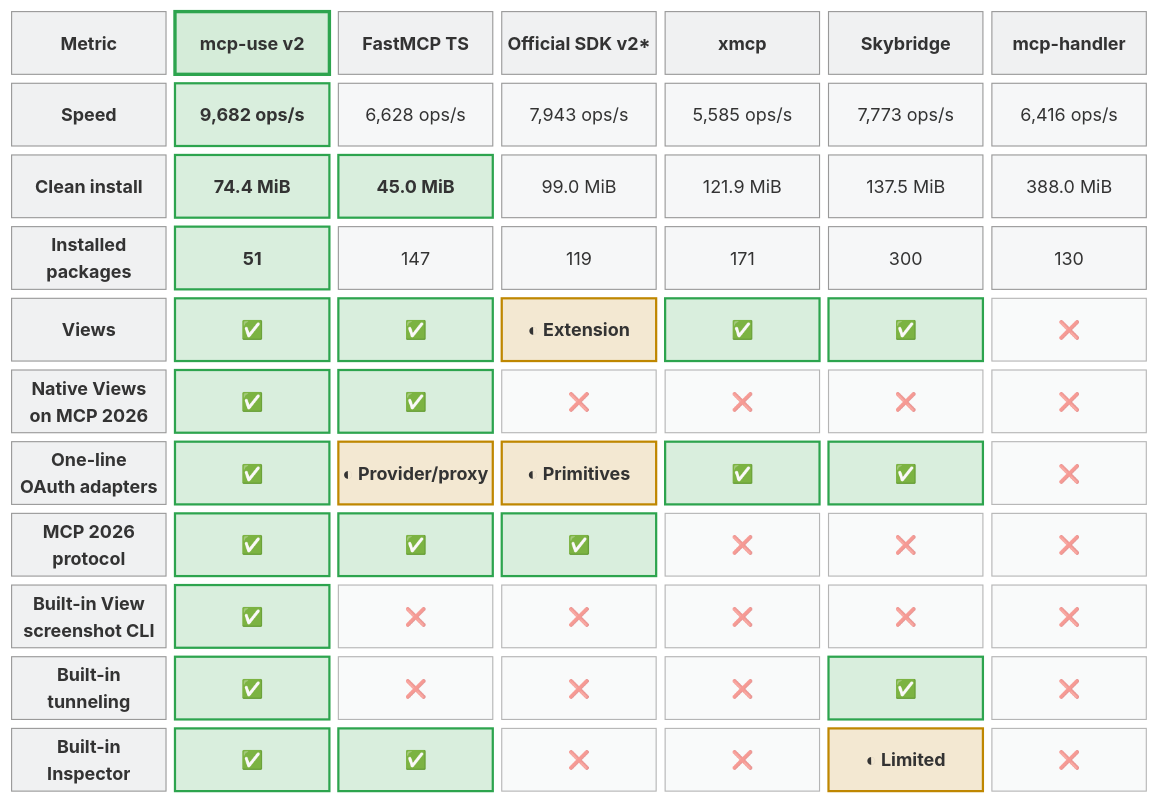
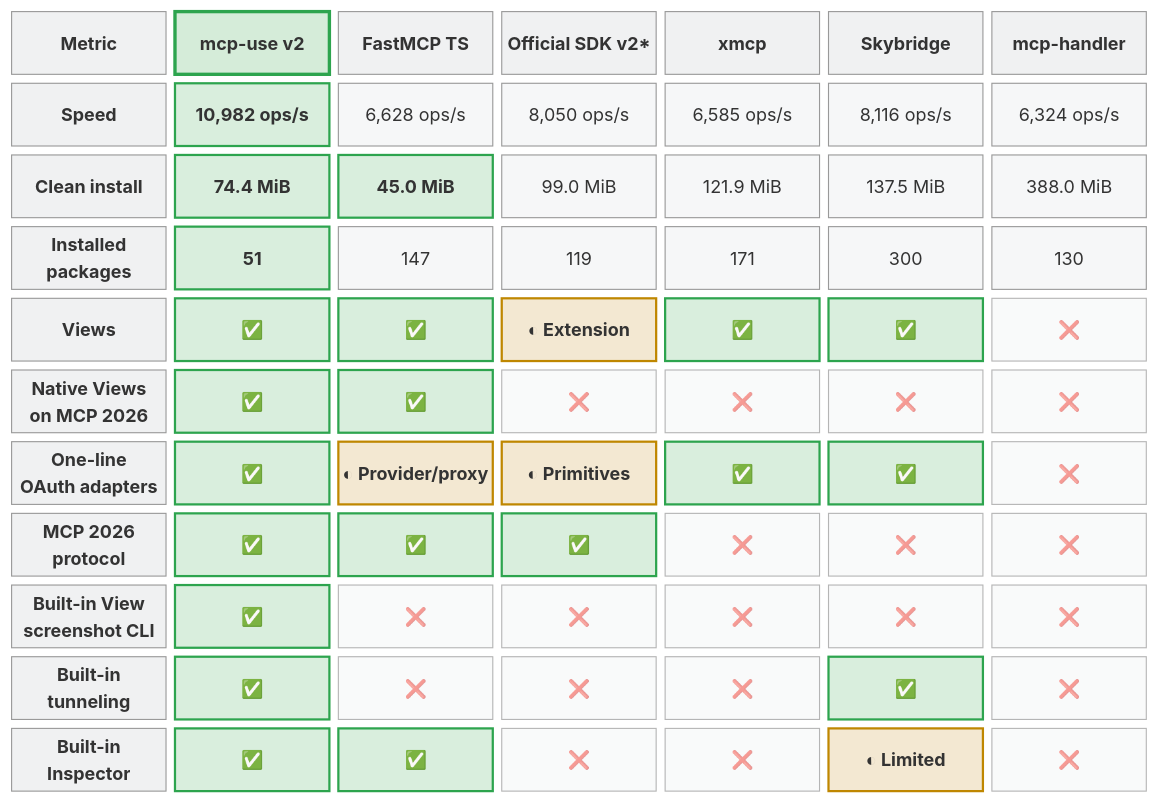
Before and after one commit to mcp-use/mcp-use: the diagram in README.md, drawn with Mermaid (neutral theme). The commit also changed 1 other file, not shown here.

Commit message:
docs: preserve existing benchmark scores

````diff
--- a/README.md
+++ b/README.md
@@ -280,33 +280,33 @@
 ```mermaid
 block-beta
   columns 7
 
   metric["Metric"] mcp["mcp-use v2"] fastmcp["FastMCP TS"] official["Official SDK v2*"] xmcp["xmcp"] skybridge["Skybridge"] handler["mcp-handler"]
 
-  speed["Speed"] speedMcp["9,682 ops/s"] speedFast["6,628 ops/s"] speedOfficial["7,943 ops/s"] speedXmcp["5,585 ops/s"] speedSkybridge["7,773 ops/s"] speedHandler["6,416 ops/s"]
+  speed["Speed"] speedMcp["10,982 ops/s"] speedFast["6,628 ops/s"] speedOfficial["8,050 ops/s"] speedXmcp["6,585 ops/s"] speedSkybridge["8,116 ops/s"] speedHandler["6,324 ops/s"]
   install["Clean install"] installMcp["74.4 MiB"] installFast["45.0 MiB"] installOfficial["99.0 MiB"] installXmcp["121.9 MiB"] installSkybridge["137.5 MiB"] installHandler["388.0 MiB"]
   packages["Installed<br/>packages"] packagesMcp["51"] packagesFast["147"] packagesOfficial["119"] packagesXmcp["171"] packagesSkybridge["300"] packagesHandler["130"]
   views["Views"] viewsMcp["✅"] viewsFast["✅"] viewsOfficial["◐ Extension"] viewsXmcp["✅"] viewsSkybridge["✅"] viewsHandler["❌"]
   nativeViews["Native Views<br/>on MCP 2026"] nativeViewsMcp["✅"] nativeViewsFast["✅"] nativeViewsOfficial["❌"] nativeViewsXmcp["❌"] nativeViewsSkybridge["❌"] nativeViewsHandler["❌"]
   oauth["One-line<br/>OAuth adapters"] oauthMcp["✅"] oauthFast["◐ Provider/proxy"] oauthOfficial["◐ Primitives"] oauthXmcp["✅"] oauthSkybridge["✅"] oauthHandler["❌"]
   protocol["MCP 2026<br/>protocol"] protocolMcp["✅"] protocolFast["✅"] protocolOfficial["✅"] protocolXmcp["❌"] protocolSkybridge["❌"] protocolHandler["❌"]
   screenshot["Built-in View<br/>screenshot CLI"] screenshotMcp["✅"] screenshotFast["❌"] screenshotOfficial["❌"] screenshotXmcp["❌"] screenshotSkybridge["❌"] screenshotHandler["❌"]
   tunnel["Built-in<br/>tunneling"] tunnelMcp["✅"] tunnelFast["❌"] tunnelOfficial["❌"] tunnelXmcp["❌"] tunnelSkybridge["✅"] tunnelHandler["❌"]
   inspector["Built-in<br/>Inspector"] inspectorMcp["✅"] inspectorFast["✅"] inspectorOfficial["❌"] inspectorXmcp["❌"] inspectorSkybridge["◐ Limited"] inspectorHandler["❌"]
 
   classDef metricLabel fill:#6e76811a,font-weight:bold
   classDef brand fill:#2ea04333,stroke:#2da44e,stroke-width:3px,font-weight:bold
   classDef header fill:#6e76811a,font-weight:bold
   classDef value fill:#6e76810f,stroke-width:1px
   classDef leader fill:#2ea0432e,stroke:#2da44e,stroke-width:2px,font-weight:bold
   classDef partial fill:#bb80092e,stroke:#bf8700,stroke-width:2px,font-weight:bold
   classDef unavailable fill:#6e76810f,opacity:0.72
 
   class metric,speed,install,packages,views,nativeViews,oauth,protocol,screenshot,tunnel,inspector metricLabel
   class mcp brand
   class fastmcp,official,xmcp,skybridge,handler header
   class speedFast,speedOfficial,speedXmcp,speedSkybridge,speedHandler,installOfficial,installXmcp,installSkybridge,installHandler,packagesFast,packagesOfficial,packagesXmcp,packagesSkybridge,packagesHandler value
   class speedMcp,installMcp,installFast,packagesMcp,viewsMcp,viewsFast,viewsXmcp,viewsSkybridge,nativeViewsMcp,nativeViewsFast,oauthMcp,oauthXmcp,oauthSkybridge,protocolMcp,protocolFast,protocolOfficial,screenshotMcp,tunnelMcp,tunnelSkybridge,inspectorMcp,inspectorFast leader
   class oauthFast,viewsOfficial,oauthOfficial,inspectorSkybridge partial
   class viewsHandler,nativeViewsOfficial,nativeViewsXmcp,nativeViewsSkybridge,nativeViewsHandler,oauthHandler,protocolXmcp,protocolSkybridge,protocolHandler,screenshotFast,screenshotOfficial,screenshotXmcp,screenshotSkybridge,screenshotHandler,tunnelFast,tunnelOfficial,tunnelXmcp,tunnelHandler,inspectorOfficial,inspectorXmcp,inspectorHandler unavailable
 ```
````
